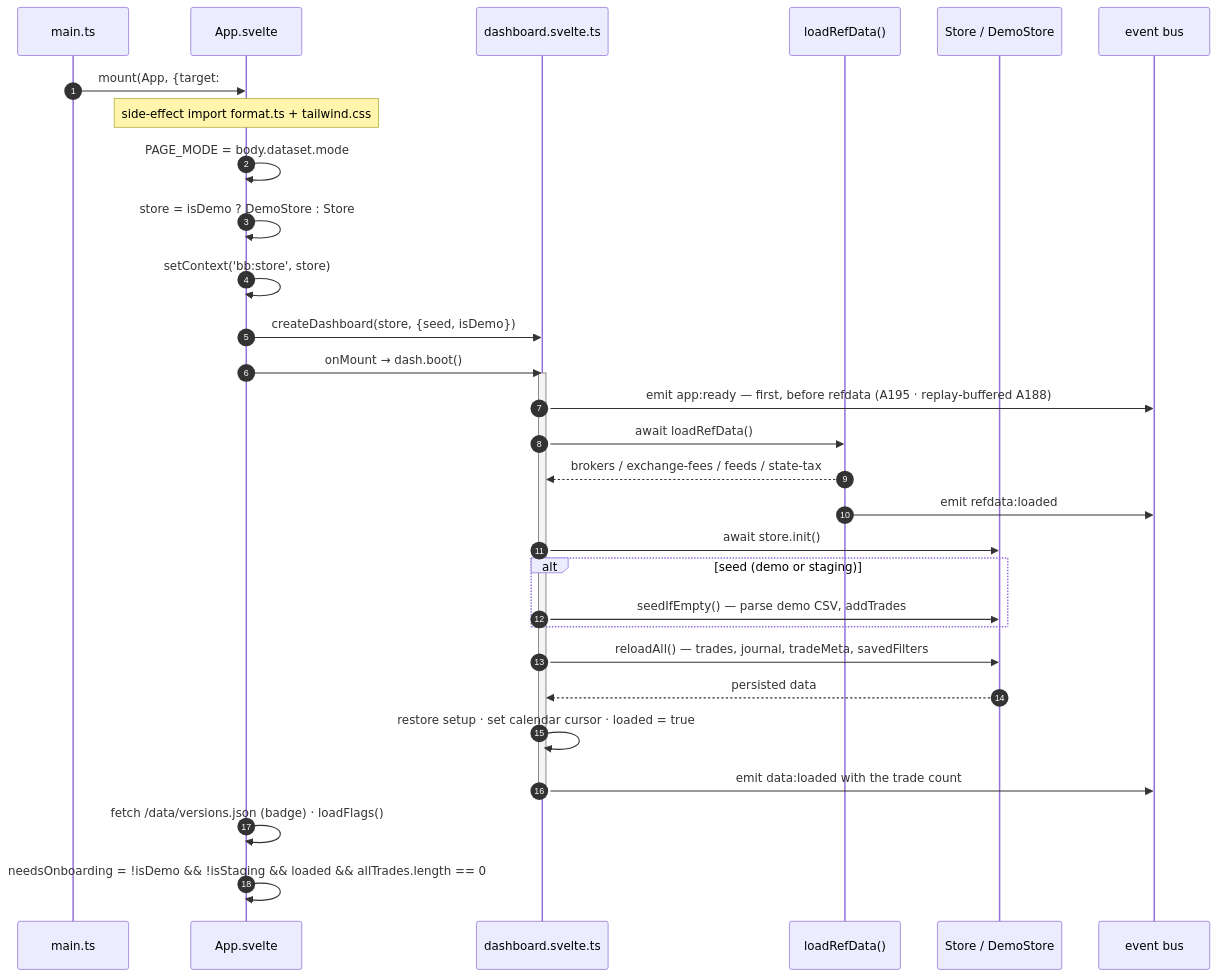
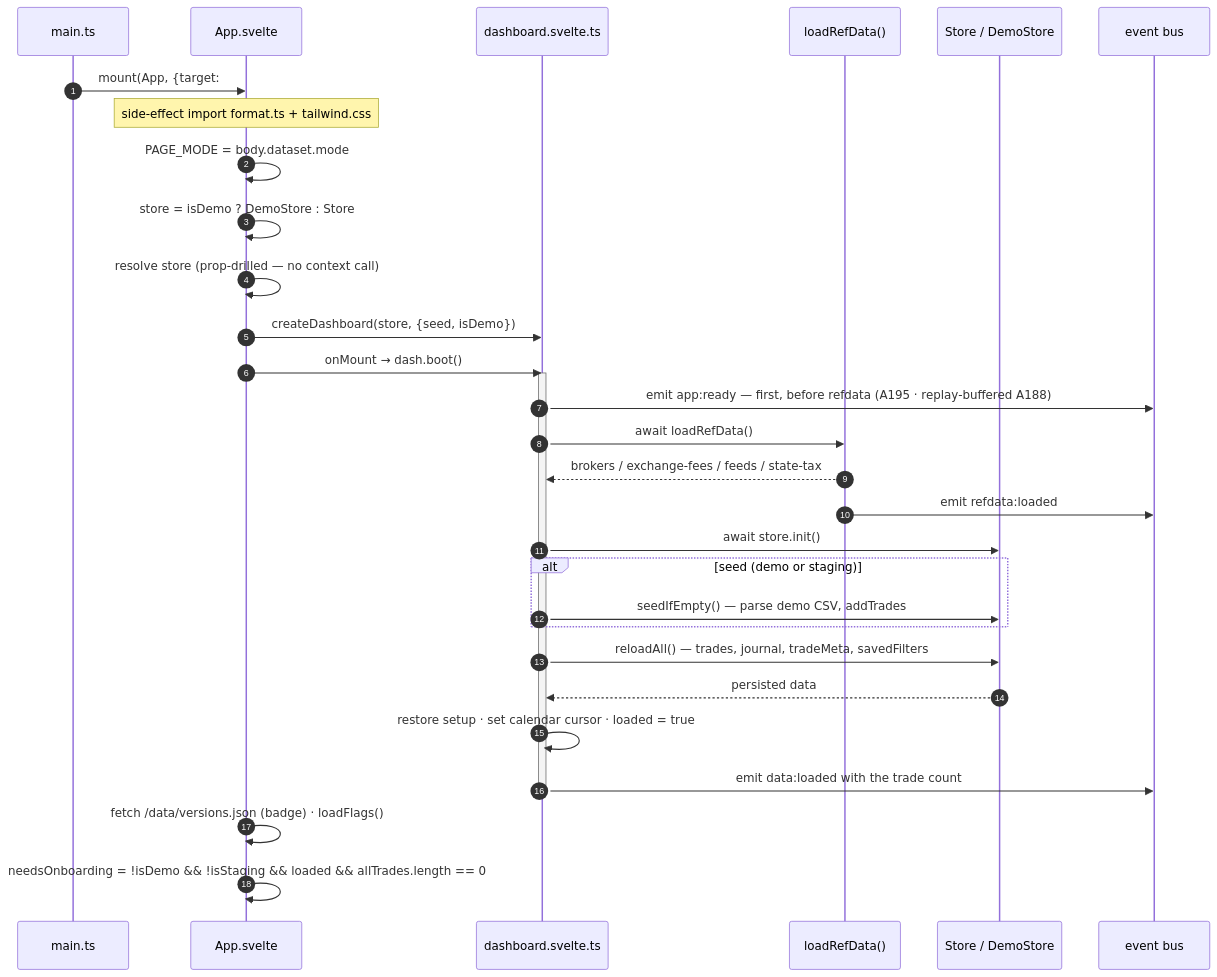
The diagram in docs/architecture-diagrams/boot-and-lifecycle.md (mitchGuthrieDev/blotterbook), drawn with Mermaid before and after one commit. The commit also changed 4 other files, not shown here.

First line of the commit message:
docs: update diagram/design docs for prop-drilled Store seam (A224 follow-up) (#118)

````diff
--- a/docs/architecture-diagrams/boot-and-lifecycle.md
+++ b/docs/architecture-diagrams/boot-and-lifecycle.md
@@ -11,34 +11,34 @@
 ```mermaid
 sequenceDiagram
     autonumber
     participant M as main.ts
     participant App as App.svelte
     participant Dash as dashboard.svelte.ts
     participant Ref as loadRefData()
     participant Store as Store / DemoStore
     participant Bus as event bus
 
     M->>App: mount(App, {target: #app})
     Note over App: side-effect import format.ts + tailwind.css
     App->>App: PAGE_MODE = body.dataset.mode
     App->>App: store = isDemo ? DemoStore : Store
-    App->>App: setContext('bb:store', store)
+    App->>App: resolve store (prop-drilled — no context call)
     App->>Dash: createDashboard(store, {seed, isDemo})
     App->>Dash: onMount → dash.boot()
     activate Dash
     Dash->>Bus: emit app:ready — first, before refdata (A195 · replay-buffered A188)
     Dash->>Ref: await loadRefData()
     Ref-->>Dash: brokers / exchange-fees / feeds / state-tax
     Ref->>Bus: emit refdata:loaded
     Dash->>Store: await store.init()
     alt seed (demo or staging)
         Dash->>Store: seedIfEmpty() — parse demo CSV, addTrades
     end
     Dash->>Store: reloadAll() — trades, journal, tradeMeta, savedFilters
     Store-->>Dash: persisted data
     Dash->>Dash: restore setup · set calendar cursor · loaded = true
     Dash->>Bus: emit data:loaded with the trade count
     deactivate Dash
     App->>App: fetch /data/versions.json (badge) · loadFlags()
     App->>App: needsOnboarding = !isDemo && !isStaging && loaded && allTrades.length == 0
 ```
````
